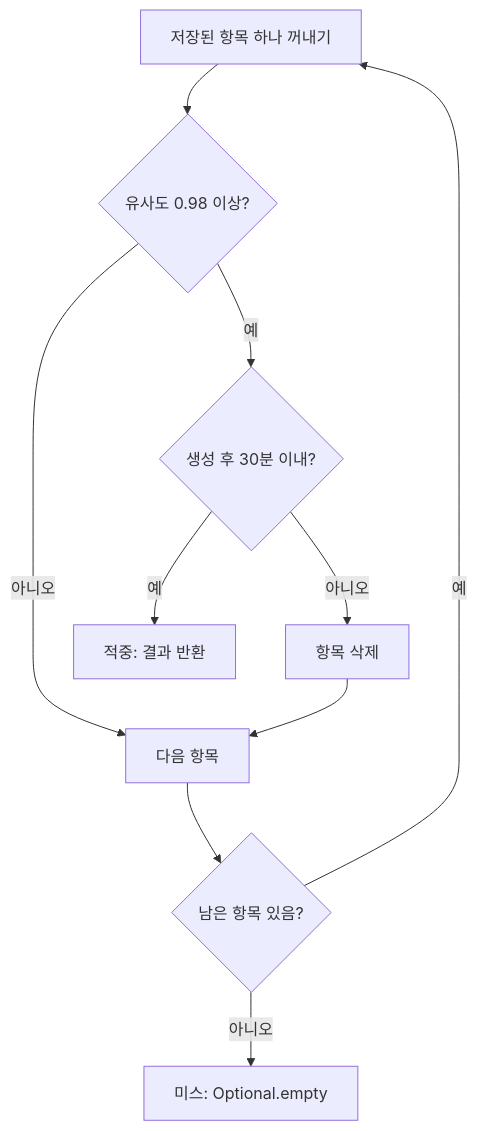
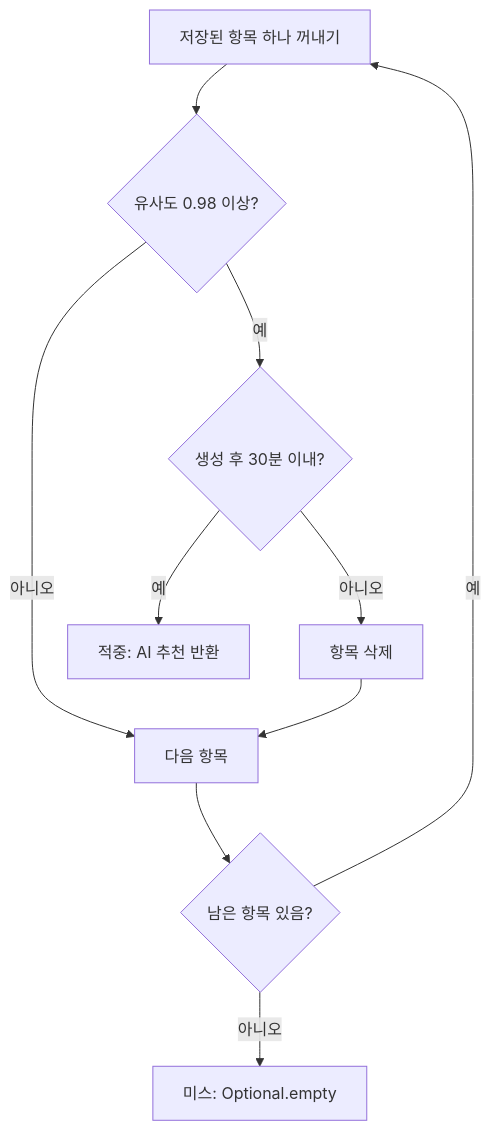
Before and after one commit to nhn-academy-marco/ai-library: the second of 2 diagrams in docs/step-4/03.semantic-caching.md, drawn with Mermaid. The commit also changed other lines of this file and 10 other files, not shown here.

````diff
--- a/docs/step-4/03.semantic-caching.md
+++ b/docs/step-4/03.semantic-caching.md
@@ -191,11 +213,11 @@
 ```mermaid
 flowchart TD
     S["저장된 항목 하나 꺼내기"] --> A{"유사도 0.98 이상?"}
     A -->|아니오| N["다음 항목"]
     A -->|예| B{"생성 후 30분 이내?"}
     B -->|아니오| E["항목 삭제"] --> N
-    B -->|예| HIT["적중: 결과 반환"]
+    B -->|예| HIT["적중: AI 추천 반환"]
     N --> M{"남은 항목 있음?"}
     M -->|예| S
     M -->|아니오| MISS["미스: Optional.empty"]
 ```
````
